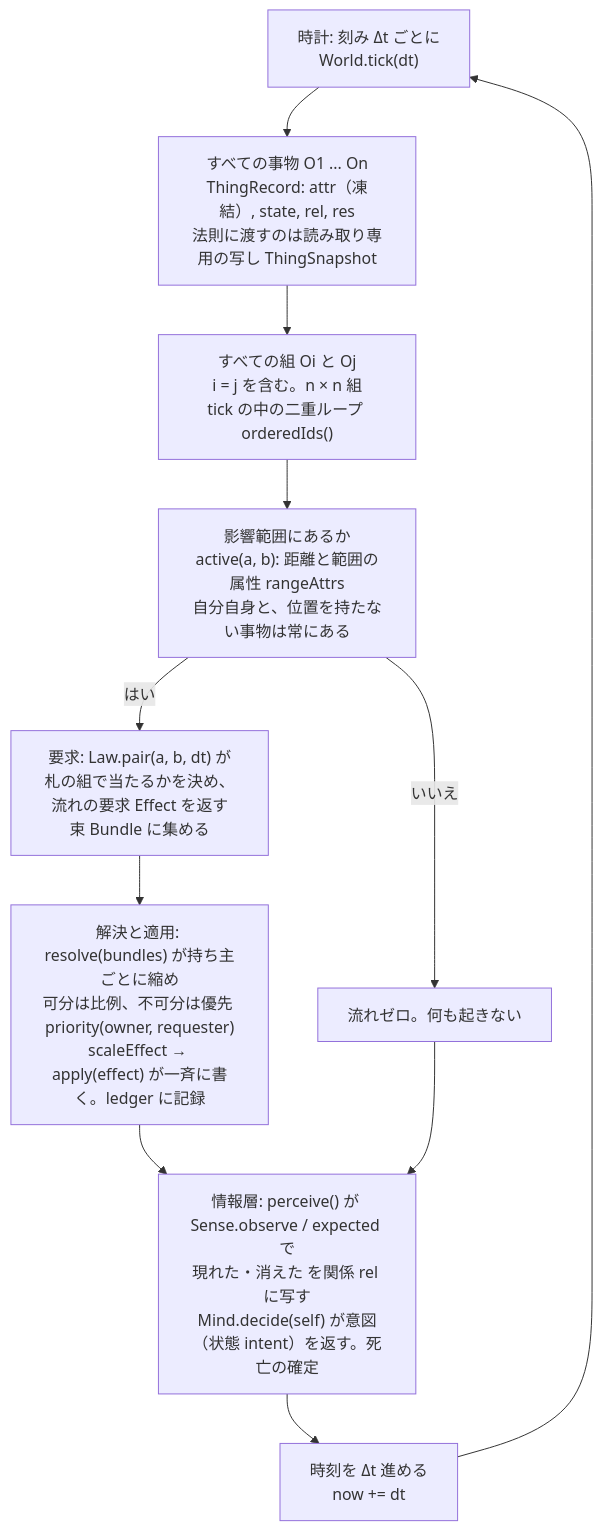
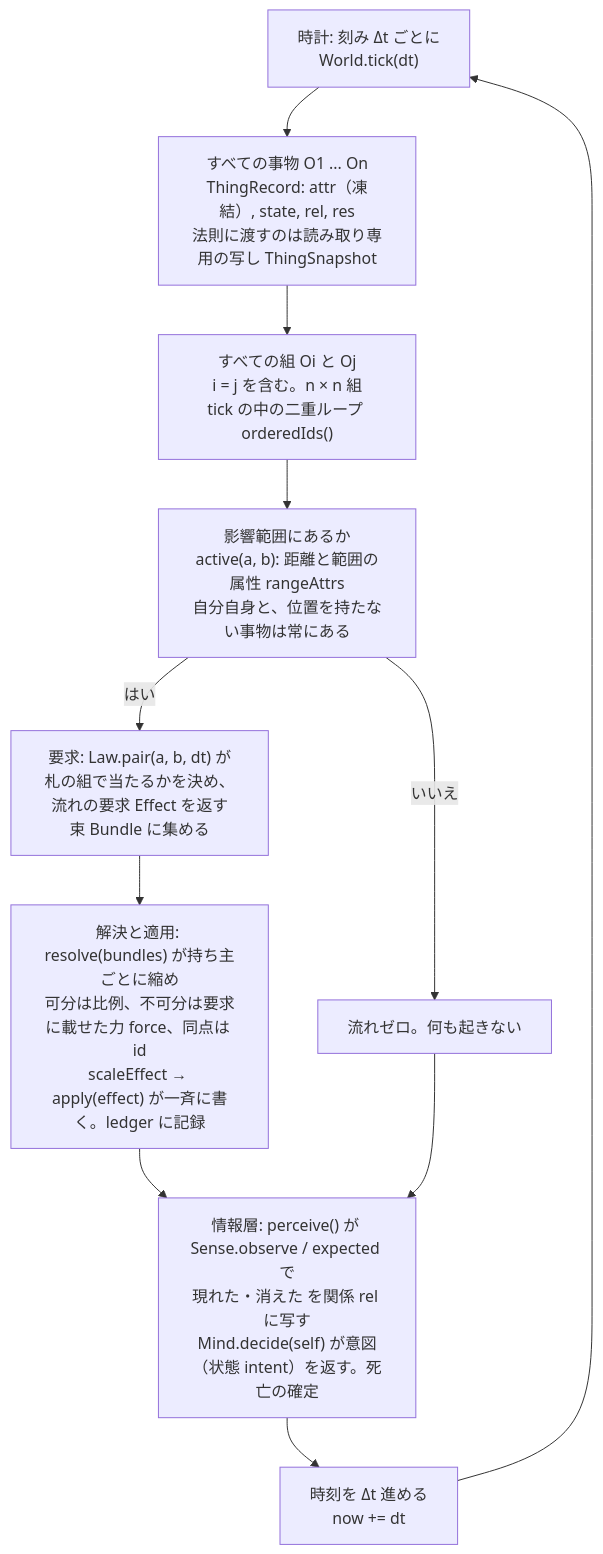
The diagram in docs/figures/src/design-fig1-update.mmd (demerzel09/Medieval-Simulator), drawn with Mermaid before and after one commit. The commit also changed 16 other files, not shown here.

```diff
--- a/docs/figures/src/design-fig1-update.mmd
+++ b/docs/figures/src/design-fig1-update.mmd
@@ -1,11 +1,11 @@
 flowchart TD
   C["時計: 刻み Δt ごとに<br/>World.tick(dt)"] --> O["すべての事物 O1 ... On<br/>ThingRecord: attr（凍結）, state, rel, res<br/>法則に渡すのは読み取り専用の写し ThingSnapshot"]
   O --> P["すべての組 Oi と Oj<br/>i = j を含む。n × n 組<br/>tick の中の二重ループ orderedIds()"]
   P --> S["影響範囲にあるか<br/>active(a, b): 距離と範囲の属性 rangeAttrs<br/>自分自身と、位置を持たない事物は常にある"]
   S -->|"いいえ"| Z["流れゼロ。何も起きない"]
   S -->|"はい"| L["要求: Law.pair(a, b, dt) が<br/>札の組で当たるかを決め、流れの要求 Effect を返す<br/>束 Bundle に集める"]
-  L --> F["解決と適用: resolve(bundles) が持ち主ごとに縮め<br/>可分は比例、不可分は優先 priority(owner, requester)<br/>scaleEffect → apply(effect) が一斉に書く。ledger に記録"]
+  L --> F["解決と適用: resolve(bundles) が持ち主ごとに縮め<br/>可分は比例、不可分は要求に載せた力 force、同点は id<br/>scaleEffect → apply(effect) が一斉に書く。ledger に記録"]
   F --> I["情報層: perceive() が Sense.observe / expected で<br/>現れた・消えた を関係 rel に写す<br/>Mind.decide(self) が意図（状態 intent）を返す。死亡の確定"]
   Z --> I
   I --> T["時刻を Δt 進める<br/>now += dt"]
   T --> C
```
